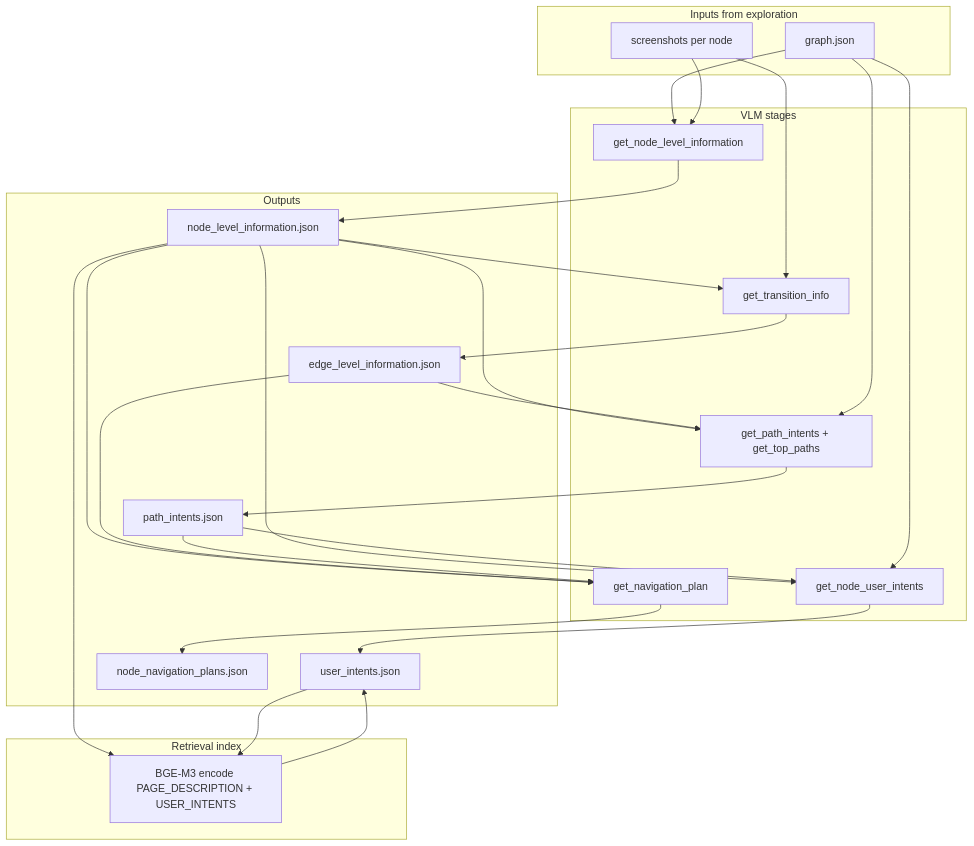
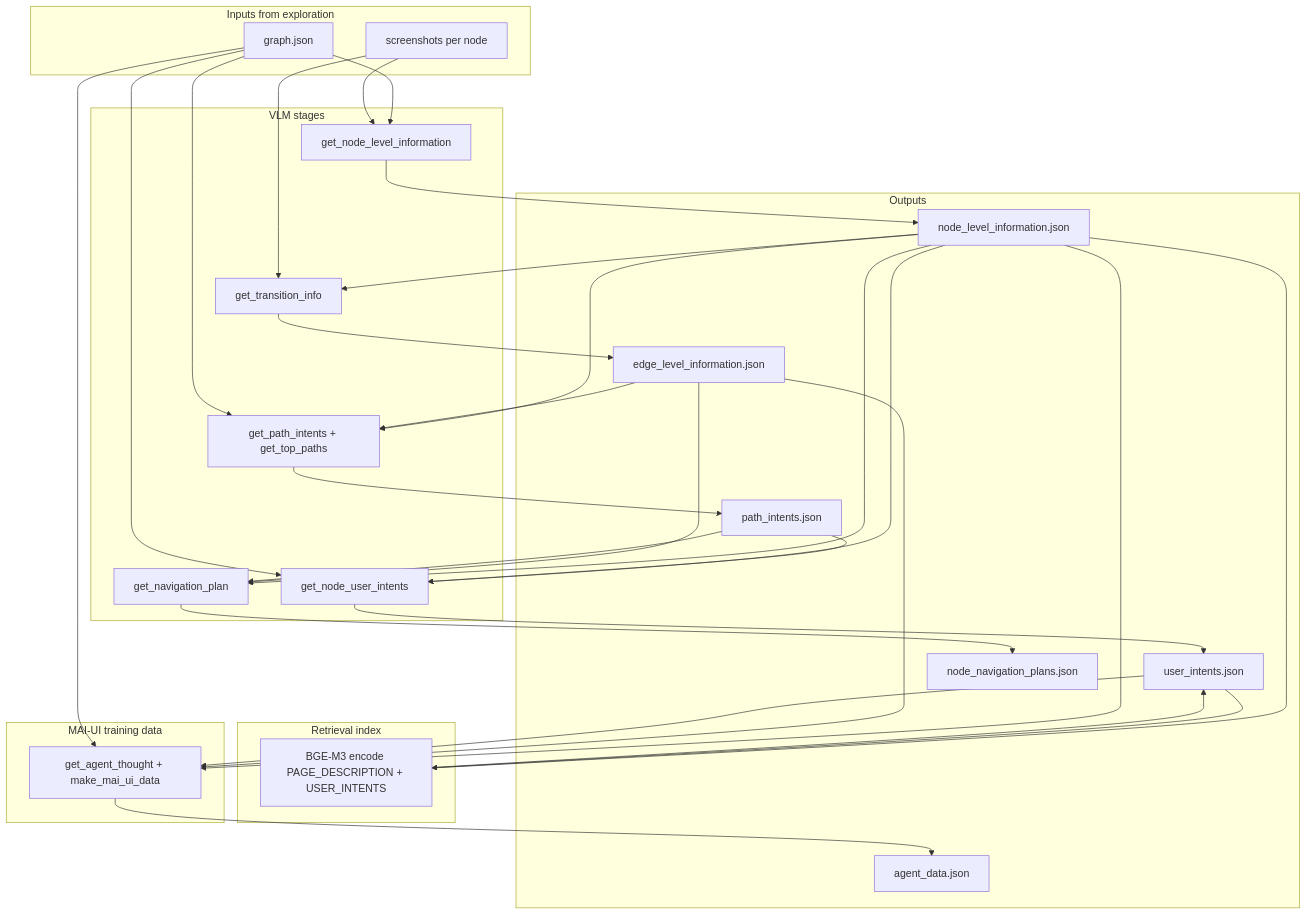
The first of 2 diagrams in exploration/README.md (smehdia/AgentNavigator), drawn with Mermaid before and after one commit. The commit also changed other lines of this file, not shown here.

````diff
--- a/exploration/README.md
+++ b/exploration/README.md
@@ -297,45 +298,54 @@
 ```mermaid
 flowchart TB
   subgraph inputs["Inputs from exploration"]
     G[graph.json]
     S[screenshots per node]
   end
   subgraph vlm["VLM stages"]
     NL[get_node_level_information]
     TE[get_transition_info]
     PI[get_path_intents + get_top_paths]
     UI[get_node_user_intents]
     NP[get_navigation_plan]
   end
   subgraph embed["Retrieval index"]
     BGE[BGE-M3 encode PAGE_DESCRIPTION + USER_INTENTS]
   end
+  subgraph train["MAI-UI training data"]
+    AT[get_agent_thought + make_mai_ui_data]
+  end
   subgraph out["Outputs"]
     J1[node_level_information.json]
     J2[edge_level_information.json]
     J3[path_intents.json]
     J4[user_intents.json]
     J5[node_navigation_plans.json]
+    J6[agent_data.json]
   end
   G --> NL
   S --> NL
   NL --> J1
   J1 --> TE
   S --> TE
   TE --> J2
   J1 --> PI
   J2 --> PI
   G --> PI
   PI --> J3
   J1 --> UI
   J3 --> UI
   G --> UI
   UI --> J4
   J1 --> NP
   J2 --> NP
   J3 --> NP
   NP --> J5
   J1 --> BGE
   J4 --> BGE
   BGE --> J4
+  J1 --> AT
+  J2 --> AT
+  J4 --> AT
+  G --> AT
+  AT --> J6
 ```
````
